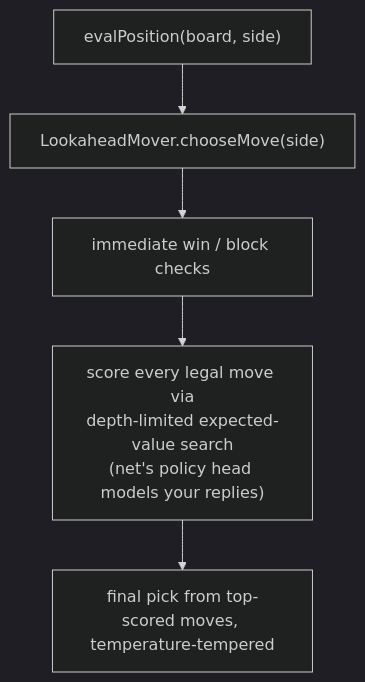
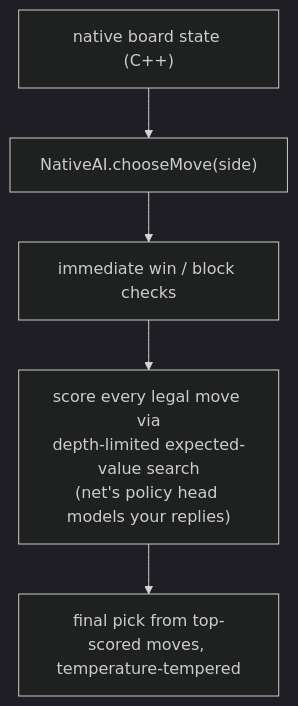
Before and after one commit to darkslayer-ns/3d-tiktactoe: the tenth of 12 diagrams in README.md, drawn with Mermaid (dark theme). The commit also changed other lines of this file and 2 other files, not shown here.

Commit message:
docs: reflect native AI session (search/hint/memory/profiles now C++)

````diff
--- a/README.md
+++ b/README.md
@@ -495,7 +499,7 @@
 ```mermaid
 flowchart TD
-    EV["evalPosition(board, side)"] --> CM["LookaheadMover.chooseMove(side)"]
+    EV["native board state (C++)"] --> CM["NativeAI.chooseMove(side)"]
     CM --> W["immediate win / block checks"]
     W --> SC["score every legal move via<br/>depth-limited expected-value search<br/>(net's policy head models your replies)"]
     SC --> PK["final pick from top-scored moves, temperature-tempered"]
 ```
````
